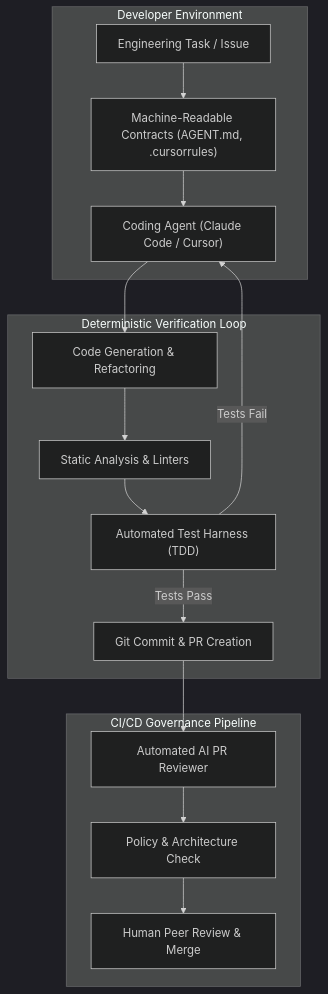
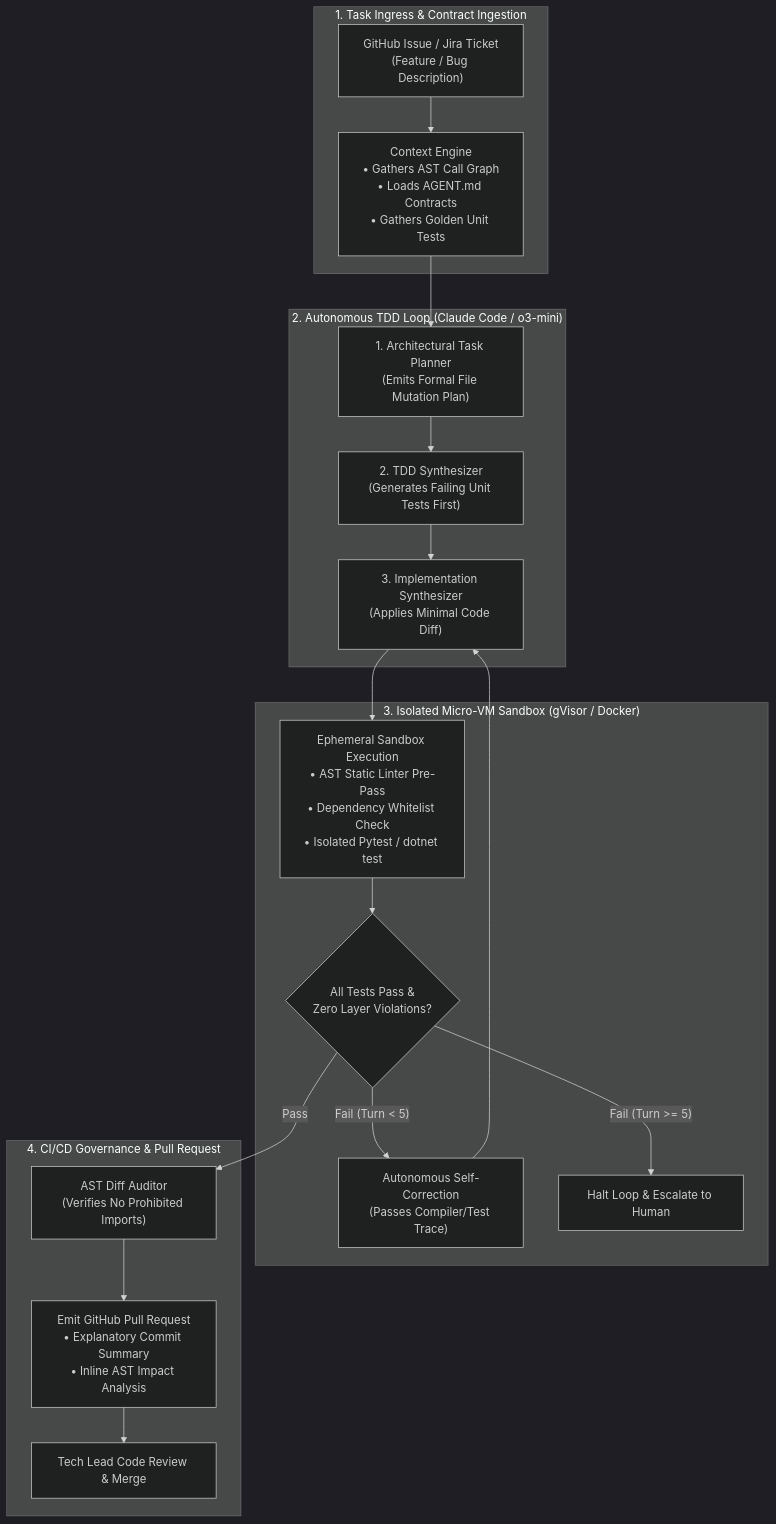
One commit to dip4k/senior-engineer-to-ai-engineer-roadmap changed the first of 2 diagrams in use-cases/use-case-01-ai-assisted-sdlc.md. Above: the diagram before and after it, drawn with Mermaid (dark theme). The commit also changed other lines of this file and 59 other files, not shown here.

````diff
--- a/use-cases/use-case-01-ai-assisted-sdlc.md
+++ b/use-cases/use-case-01-ai-assisted-sdlc.md
@@ -10,21 +24,26 @@
 ```mermaid
 flowchart TD
-    subgraph Dev["Developer Environment"]
-        D1["Engineering Task / Issue"] --> D2["Machine-Readable Contracts (AGENT.md, .cursorrules)"]
-        D2 --> D3["Coding Agent (Claude Code / Cursor)"]
+    subgraph Ingress["1. Task Ingress & Contract Ingestion"]
+        Issue["GitHub Issue / Jira Ticket<br>(Feature / Bug Description)"] --> Context["Context Engine<br>• Gathers AST Call Graph<br>• Loads AGENT.md Contracts<br>• Gathers Golden Unit Tests"]
     end
 
-    subgraph Verify["Deterministic Verification Loop"]
-        D3 --> V1["Code Generation & Refactoring"]
-        V1 --> V2["Static Analysis & Linters"]
-        V2 --> V3["Automated Test Harness (TDD)"]
-        V3 -- "Tests Fail" --> D3
-        V3 -- "Tests Pass" --> V4["Git Commit & PR Creation"]
+    subgraph AgentLoop["2. Autonomous TDD Loop (Claude Code / o3-mini)"]
+        Context --> Plan["1. Architectural Task Planner<br>(Emits Formal File Mutation Plan)"]
+        Plan --> TDD_Gen["2. TDD Synthesizer<br>(Generates Failing Unit Tests First)"]
+        TDD_Gen --> Code_Gen["3. Implementation Synthesizer<br>(Applies Minimal Code Diff)"]
     end
 
-    subgraph CI["CI/CD Governance Pipeline"]
-        V4 --> C1["Automated AI PR Reviewer"]
-        C1 --> C2["Policy & Architecture Check"]
-        C2 --> C3["Human Peer Review & Merge"]
+    subgraph Sandbox["3. Isolated Micro-VM Sandbox (gVisor / Docker)"]
+        Code_Gen --> Runner["Ephemeral Sandbox Execution<br>• AST Static Linter Pre-Pass<br>• Dependency Whitelist Check<br>• Isolated Pytest / dotnet test"]
+        Runner --> Gate{"All Tests Pass &<br>Zero Layer Violations?"}
+        Gate -- "Fail (Turn < 5)" --> SelfCorrect["Autonomous Self-Correction<br>(Passes Compiler/Test Trace)"]
+        SelfCorrect --> Code_Gen
+        Gate -- "Fail (Turn >= 5)" --> Escalate["Halt Loop & Escalate to Human"]
+    end
+
+    subgraph Governance["4. CI/CD Governance & Pull Request"]
+        Gate -- "Pass" --> DiffAST["AST Diff Auditor<br>(Verifies No Prohibited Imports)"]
+        DiffAST --> PR["Emit GitHub Pull Request<br>• Explanatory Commit Summary<br>• Inline AST Impact Analysis"]
+        PR --> HumanReview["Tech Lead Code Review & Merge"]
     end
 ```
````
